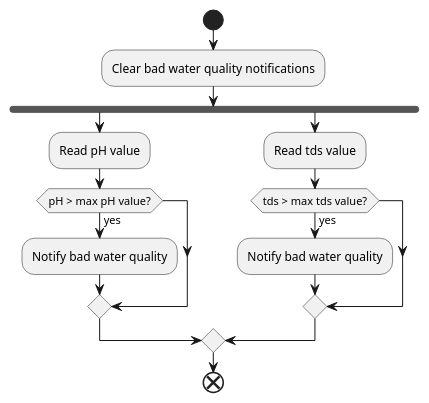
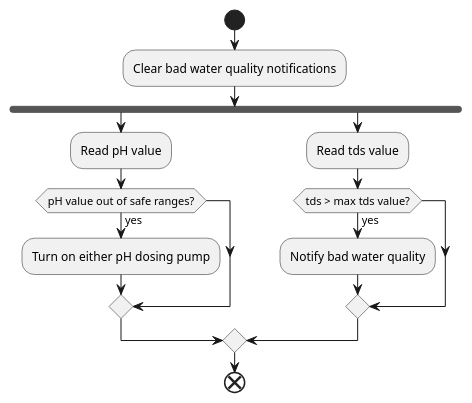
One commit to Vvamp/ATP2324 changed the third of 3 diagrams in Testplan/Appendices/activitydiagram.puml. Above: the diagram before and after it, drawn with PlantUML. The commit also changed 2 other files, not shown here.

```diff
--- a/Testplan/Appendices/activitydiagram.puml
+++ b/Testplan/Appendices/activitydiagram.puml
@@ -55,32 +55,31 @@
 @startuml ActivityDiagramQuality
 start
 :Clear bad water quality notifications;
 fork 
     :Read pH value;
-    if (pH > max pH value?) is (yes) then 
-        :Notify bad water quality;
-
+    if (pH value out of safe ranges?) is (yes) then 
+        :Turn on either pH dosing pump;
     endif
 fork again 
     :Read tds value;
     if (tds > max tds value?) is (yes) then 
         :Notify bad water quality;
     endif
 end merge 
 
 
 
 ' Quality -> check
 ' (parallel) Read ph value
 ' (parallel) Read tds value
 ' (close parallel)
 ' if ph value > max value: 
 '' turn on
 '' else turn off
 ' if tds value > max value:
 '' turn on 
 '' else turn off
 
 end
 
 @enduml
```
